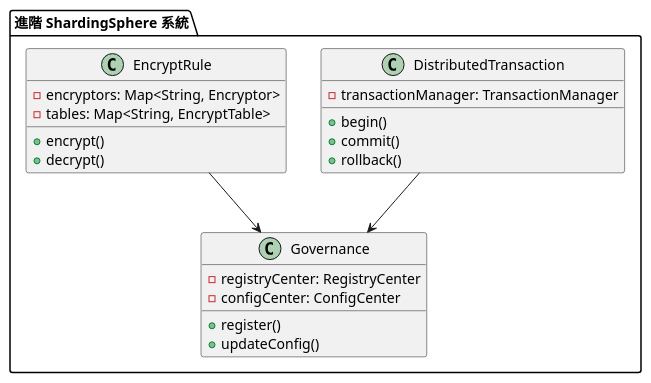
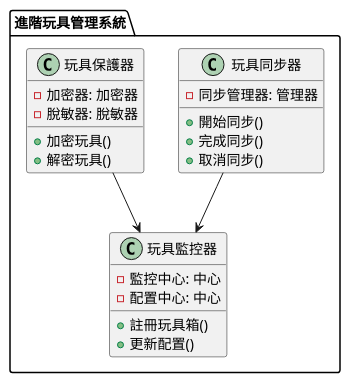
Before and after one commit to fine5351/info-sync: the third of 3 diagrams in doc/learning/architecture/database_sharding_tutorial.md, drawn with PlantUML. The commit also changed other lines of this file and 35 other files, not shown here.

````diff
--- a/doc/learning/architecture/database_sharding_tutorial.md
+++ b/doc/learning/architecture/database_sharding_tutorial.md
@@ -240,29 +141,29 @@
 ```plantuml
 @startuml
-package "進階 ShardingSphere 系統" {
-    class DistributedTransaction {
-        - transactionManager: TransactionManager
-        + begin()
-        + commit()
-        + rollback()
+package "進階玩具管理系統" {
+    class 玩具同步器 {
+        - 同步管理器: 管理器
+        + 開始同步()
+        + 完成同步()
+        + 取消同步()
     }
     
-    class EncryptRule {
-        - encryptors: Map<String, Encryptor>
-        - tables: Map<String, EncryptTable>
-        + encrypt()
-        + decrypt()
+    class 玩具保護器 {
+        - 加密器: 加密器
+        - 脫敏器: 脫敏器
+        + 加密玩具()
+        + 解密玩具()
     }
     
-    class Governance {
-        - registryCenter: RegistryCenter
-        - configCenter: ConfigCenter
-        + register()
-        + updateConfig()
+    class 玩具監控器 {
+        - 監控中心: 中心
+        - 配置中心: 中心
+        + 註冊玩具箱()
+        + 更新配置()
     }
 }
 
-DistributedTransaction --> Governance
-EncryptRule --> Governance
+玩具同步器 --> 玩具監控器
+玩具保護器 --> 玩具監控器
 @enduml
 ```
````
